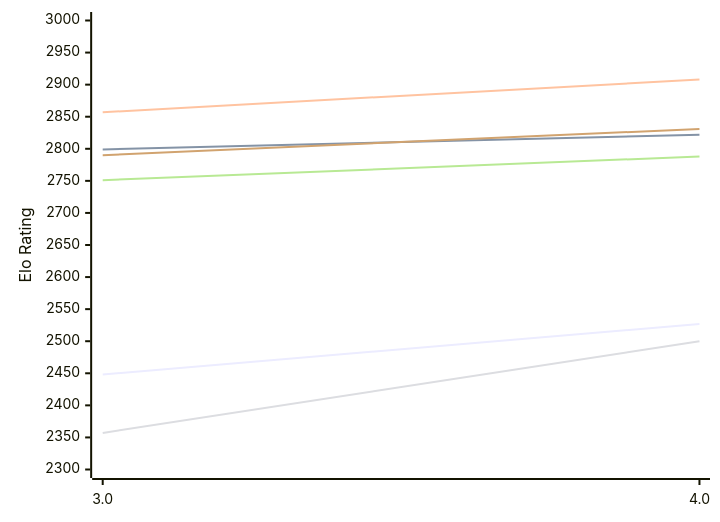
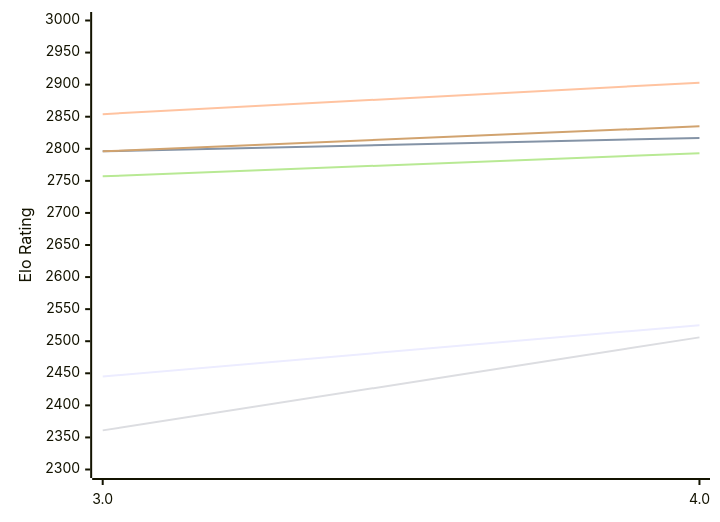
One commit to computer-chess-index/cci changed the first of 2 diagrams in engines/Chess3.md. Above: the diagram before and after it, drawn with Mermaid. The commit also changed other lines of this file, not shown here.

Commit message:
Update CCI Ratings (ELO VLTC) - 2026-11-23

````diff
--- a/engines/Chess3.md
+++ b/engines/Chess3.md
@@ -50,12 +50,12 @@
 ```mermaid
 %%{init: {"theme":"base","themeVariables":{"seriesColors:['#a3a3a3','#222221','#faa371']}}}%%
 xychart-beta
   x-axis ["3.0", "4.0"]
   y-axis "Elo Rating" 2300 --> 3000
-  line "E1: STC (8.0+0.08s)" [2448, 2527]
-  line "E1: LTC (60.0+0.60s)" [2799, 2822]
-  line "E1: VLTC (2m24s+1.12s)" [2857, 2908]
-  line "P1: STC (8.0+0.08s)" [2357, 2500]
-  line "P1: LTC (60.0+0.60s)" [2751, 2788]
-  line "P1: VLTC (2m24s+1.12s)" [2790, 2831]
+  line "E1: STC (8.0+0.08s)" [2445, 2525]
+  line "E1: LTC (60.0+0.60s)" [2796, 2817]
+  line "E1: VLTC (2m24s+1.12s)" [2854, 2903]
+  line "P1: STC (8.0+0.08s)" [2361, 2506]
+  line "P1: LTC (60.0+0.60s)" [2757, 2793]
+  line "P1: VLTC (2m24s+1.12s)" [2796, 2835]
 ```
````
